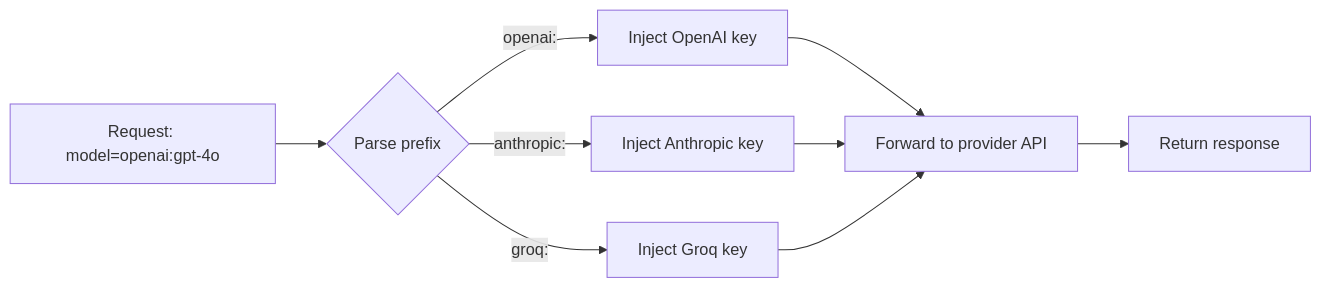
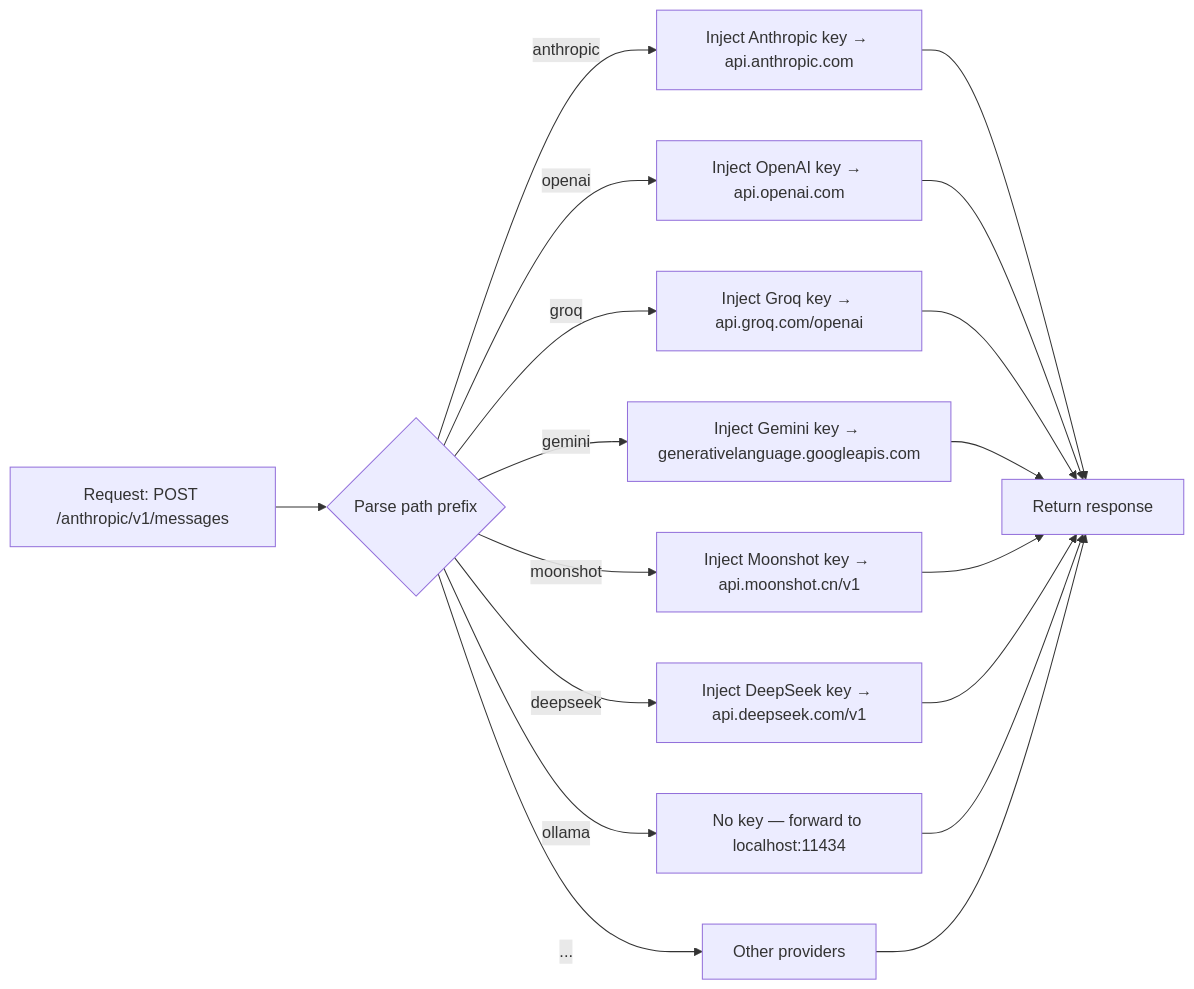
Before and after one commit to iagop03/antcrew-docs: the diagram in docs/proxy/routing.md, drawn with Mermaid. The commit also changed other lines of this file and 17 other files, not shown here.

````diff
--- a/docs/proxy/routing.md
+++ b/docs/proxy/routing.md
@@ -7,9 +7,13 @@
 ```mermaid
 graph LR
-    A[Request: model=openai:gpt-4o] --> B{Parse prefix}
-    B -->|openai:| C[Inject OpenAI key]
-    B -->|anthropic:| D[Inject Anthropic key]
-    B -->|groq:| E[Inject Groq key]
-    C & D & E --> F[Forward to provider API]
-    F --> G[Return response]
+    A[Request: POST /anthropic/v1/messages] --> B{Parse path prefix}
+    B -->|anthropic| C[Inject Anthropic key → api.anthropic.com]
+    B -->|openai| D[Inject OpenAI key → api.openai.com]
+    B -->|groq| E[Inject Groq key → api.groq.com/openai]
+    B -->|gemini| F[Inject Gemini key → generativelanguage.googleapis.com]
+    B -->|moonshot| G[Inject Moonshot key → api.moonshot.cn/v1]
+    B -->|deepseek| H[Inject DeepSeek key → api.deepseek.com/v1]
+    B -->|ollama| I[No key — forward to localhost:11434]
+    B -->|...| J[Other providers]
+    C & D & E & F & G & H & I & J --> K[Return response]
 ```
````
